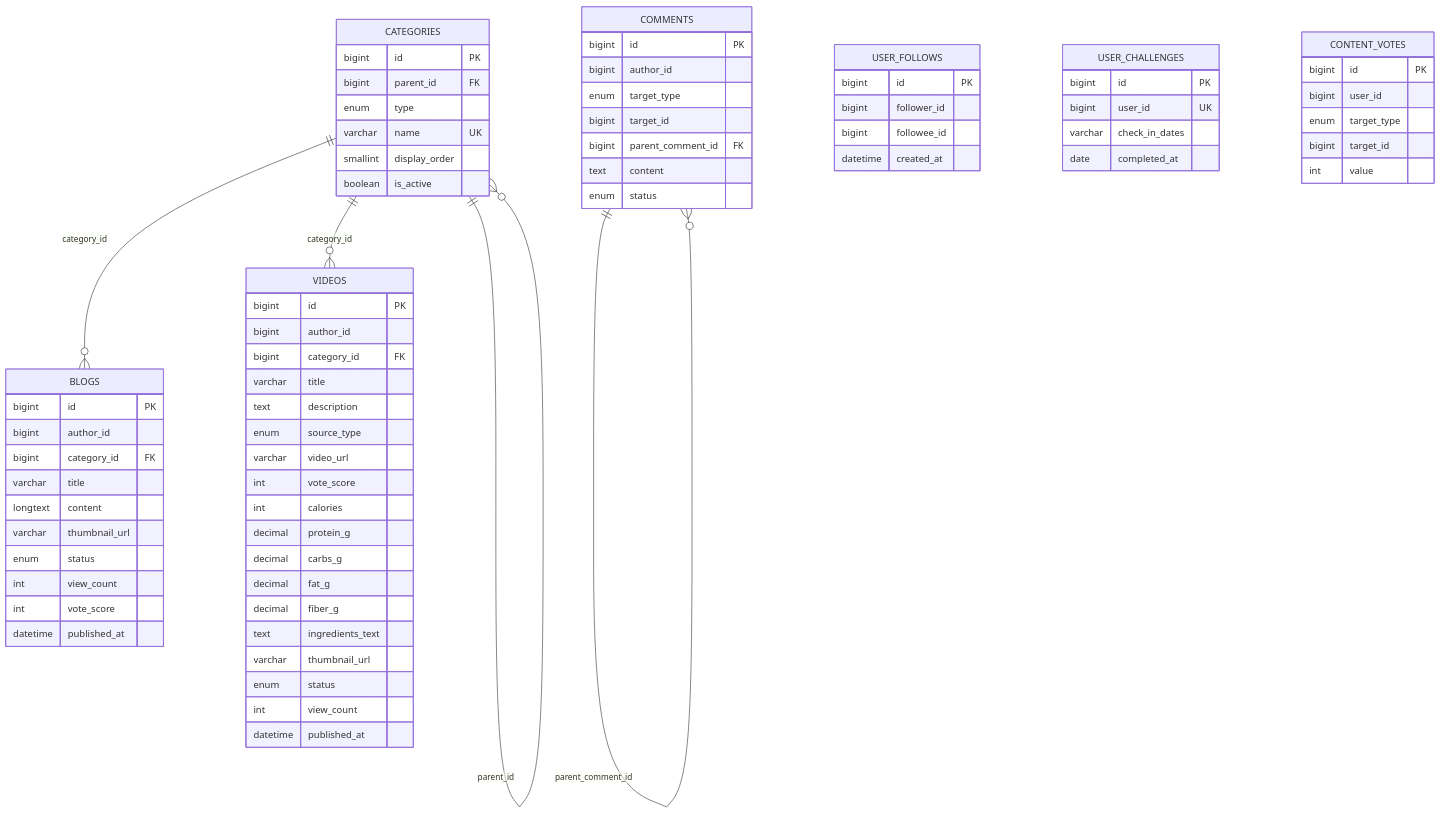
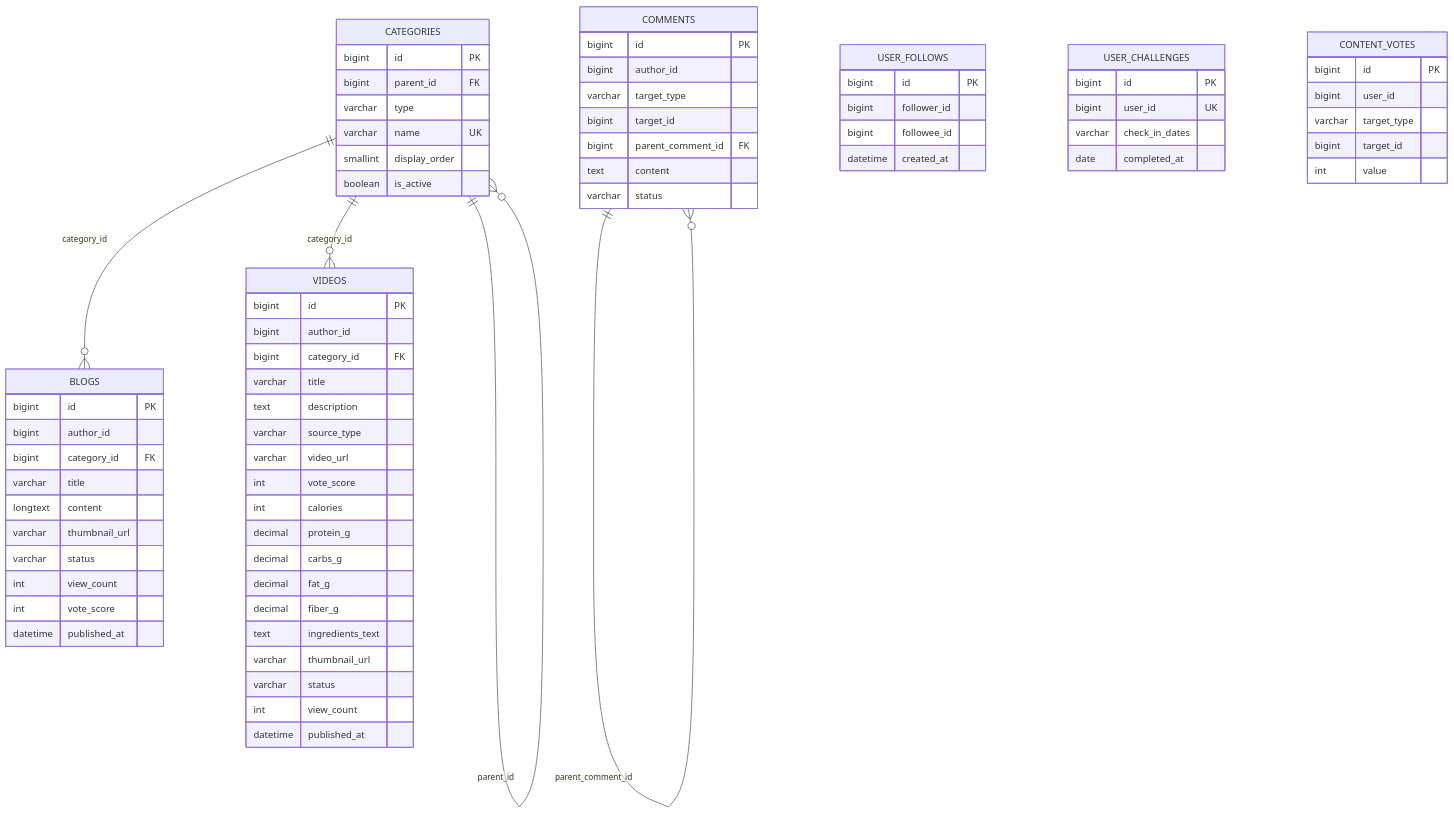
One commit to Phu0312/VeggiePal-Microservice changed the eighth of 19 diagrams in docs/PRM_CAPSTONE.md. Above: the diagram before and after it, drawn with Mermaid. The commit also changed other lines of this file and 64 other files, not shown here.

````diff
--- a/docs/PRM_CAPSTONE.md
+++ b/docs/PRM_CAPSTONE.md
@@ -609,75 +616,75 @@
 ```mermaid
 erDiagram
     CATEGORIES {
         bigint id PK
         bigint parent_id FK
-        enum type
+        varchar type
         varchar name UK
         smallint display_order
         boolean is_active
     }
     BLOGS {
         bigint id PK
         bigint author_id
         bigint category_id FK
         varchar title
         longtext content
         varchar thumbnail_url
-        enum status
+        varchar status
         int view_count
         int vote_score
         datetime published_at
     }
     VIDEOS {
         bigint id PK
         bigint author_id
         bigint category_id FK
         varchar title
         text description
-        enum source_type
+        varchar source_type
         varchar video_url
         int vote_score
         int calories
         decimal protein_g
         decimal carbs_g
         decimal fat_g
         decimal fiber_g
         text ingredients_text
         varchar thumbnail_url
-        enum status
+        varchar status
         int view_count
         datetime published_at
     }
     COMMENTS {
         bigint id PK
         bigint author_id
-        enum target_type
+        varchar target_type
         bigint target_id
         bigint parent_comment_id FK
         text content
-        enum status
+        varchar status
     }
     USER_FOLLOWS {
         bigint id PK
         bigint follower_id
         bigint followee_id
         datetime created_at
     }
     USER_CHALLENGES {
         bigint id PK
         bigint user_id UK
         varchar check_in_dates
         date completed_at
     }
     CONTENT_VOTES {
         bigint id PK
         bigint user_id
-        enum target_type
+        varchar target_type
         bigint target_id
         int value
     }
     CATEGORIES ||--o{ CATEGORIES : "parent_id"
     CATEGORIES ||--o{ BLOGS : "category_id"
     CATEGORIES ||--o{ VIDEOS : "category_id"
     COMMENTS ||--o{ COMMENTS : "parent_comment_id"
 ```
````
